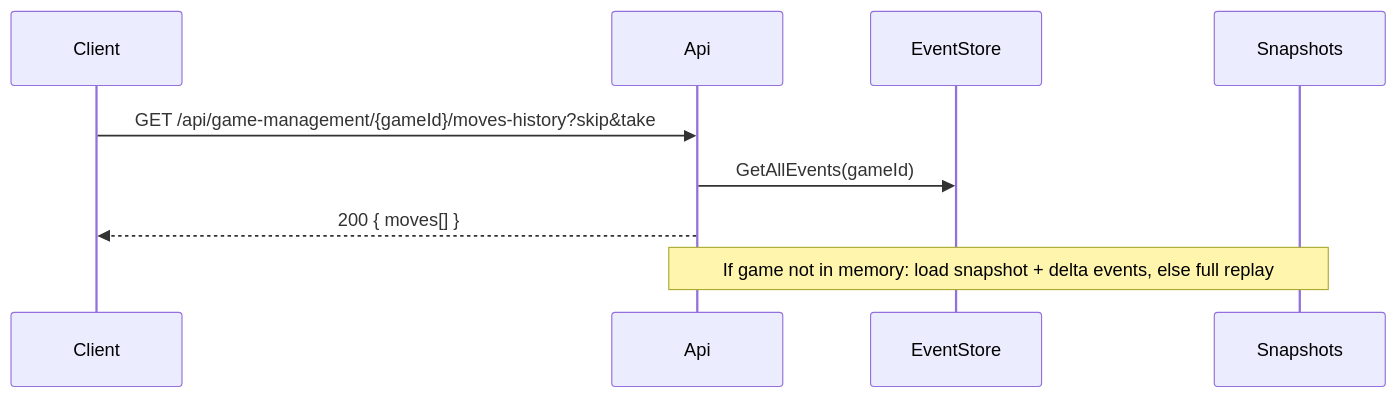
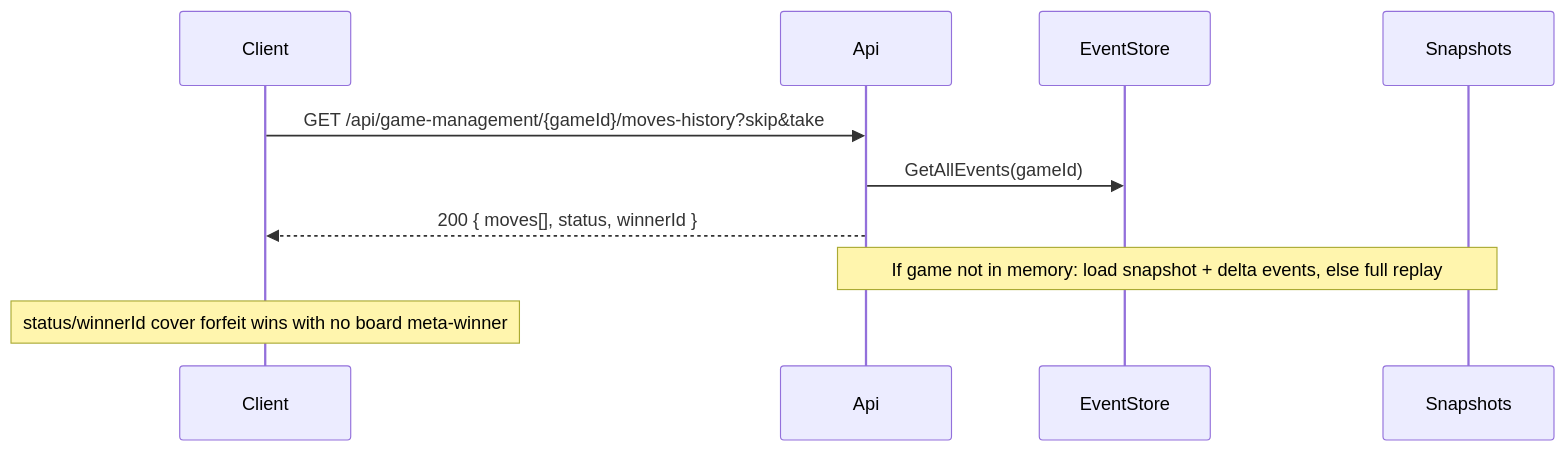
Before and after one commit to NetCoreParty/ultimate-tic-tac-toe-back: the third of 7 diagrams in docs/USER_FLOWS.md, drawn with Mermaid. The commit also changed other lines of this file and 14 other files, not shown here.

````diff
--- a/docs/USER_FLOWS.md
+++ b/docs/USER_FLOWS.md
@@ -38,13 +69,14 @@
 ```mermaid
 sequenceDiagram
   participant Client
   participant Api
   participant EventStore
   participant Snapshots
 
   Client->>Api: GET /api/game-management/{gameId}/moves-history?skip&take
   Api->>EventStore: GetAllEvents(gameId)
-  Api-->>Client: 200 { moves[] }
+  Api-->>Client: 200 { moves[], status, winnerId }
 
   Note over Api,Snapshots: If game not in memory: load snapshot + delta events, else full replay
+  Note over Client: status/winnerId cover forfeit wins with no board meta-winner
 ```
````
